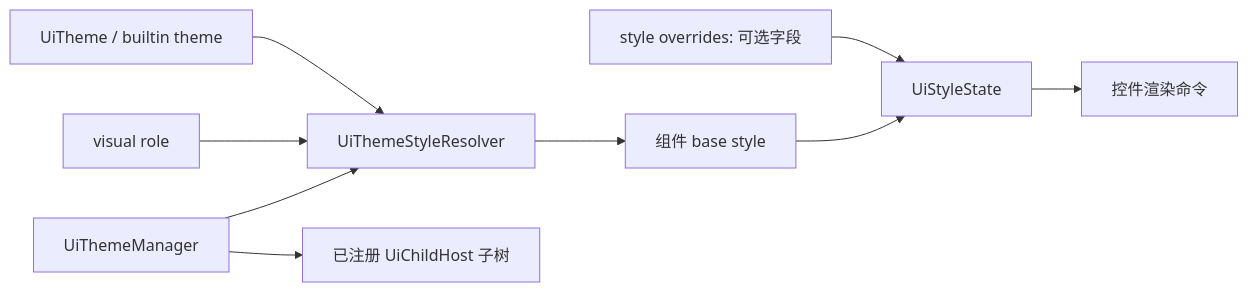
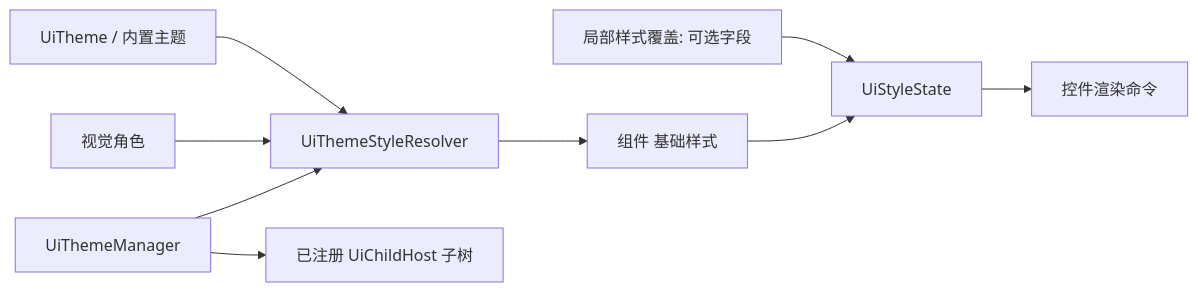
Before and after one commit to Akil0814/ElysiaEngine: the third of 3 diagrams in docs/zh-CN/architecture/subsystems/ui/architecture.md, drawn with Mermaid. The commit also changed other lines of this file and 344 other files, not shown here.

````diff
--- a/docs/zh-CN/architecture/subsystems/ui/architecture.md
+++ b/docs/zh-CN/architecture/subsystems/ui/architecture.md
@@ -68,11 +60,11 @@
 ```mermaid
 flowchart LR
-  Theme[UiTheme / builtin theme] --> Resolver[UiThemeStyleResolver]
-  Role[visual role] --> Resolver
-  Resolver --> Base[组件 base style]
-  Override[style overrides: 可选字段] --> State[UiStyleState]
+  Theme[UiTheme / 内置主题] --> Resolver[UiThemeStyleResolver]
+  Role[视觉角色] --> Resolver
+  Resolver --> Base[组件 基础样式]
+  Override[局部样式覆盖: 可选字段] --> State[UiStyleState]
   Base --> State
   State --> Render[控件渲染命令]
   Manager[UiThemeManager] --> Resolver
   Manager --> Tree[已注册 UiChildHost 子树]
 ```
````
